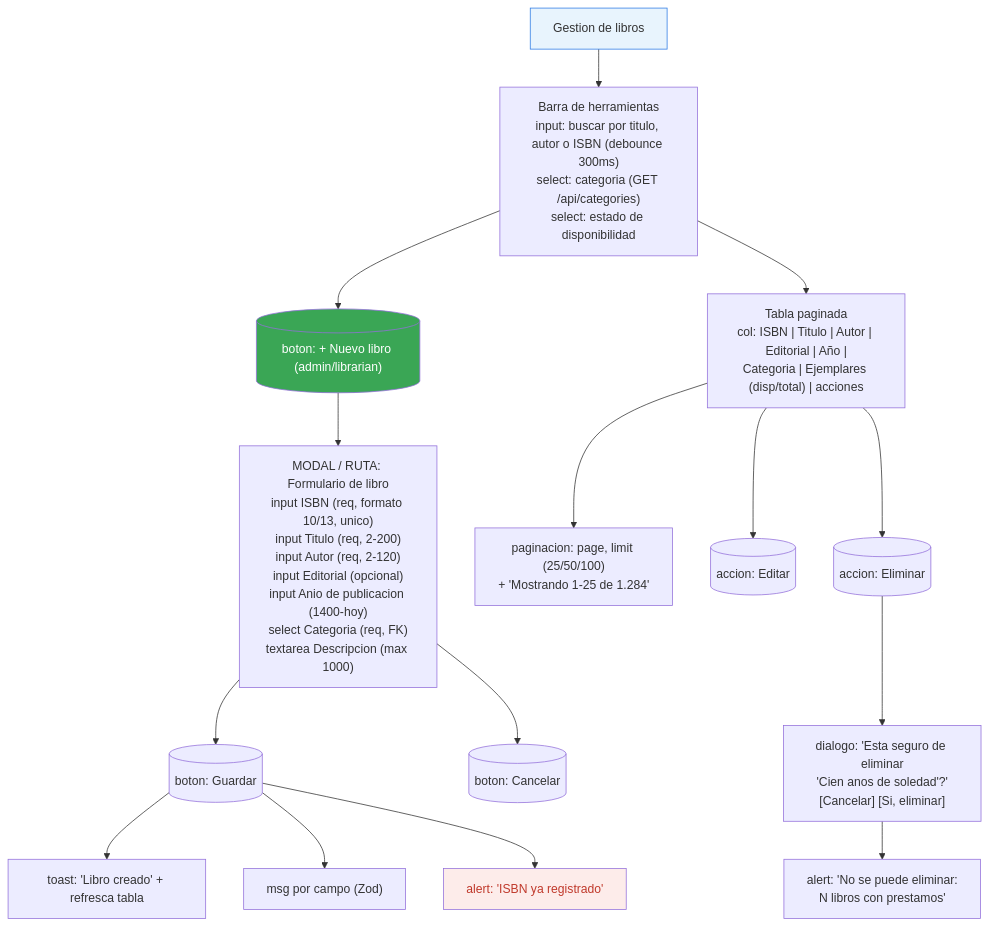
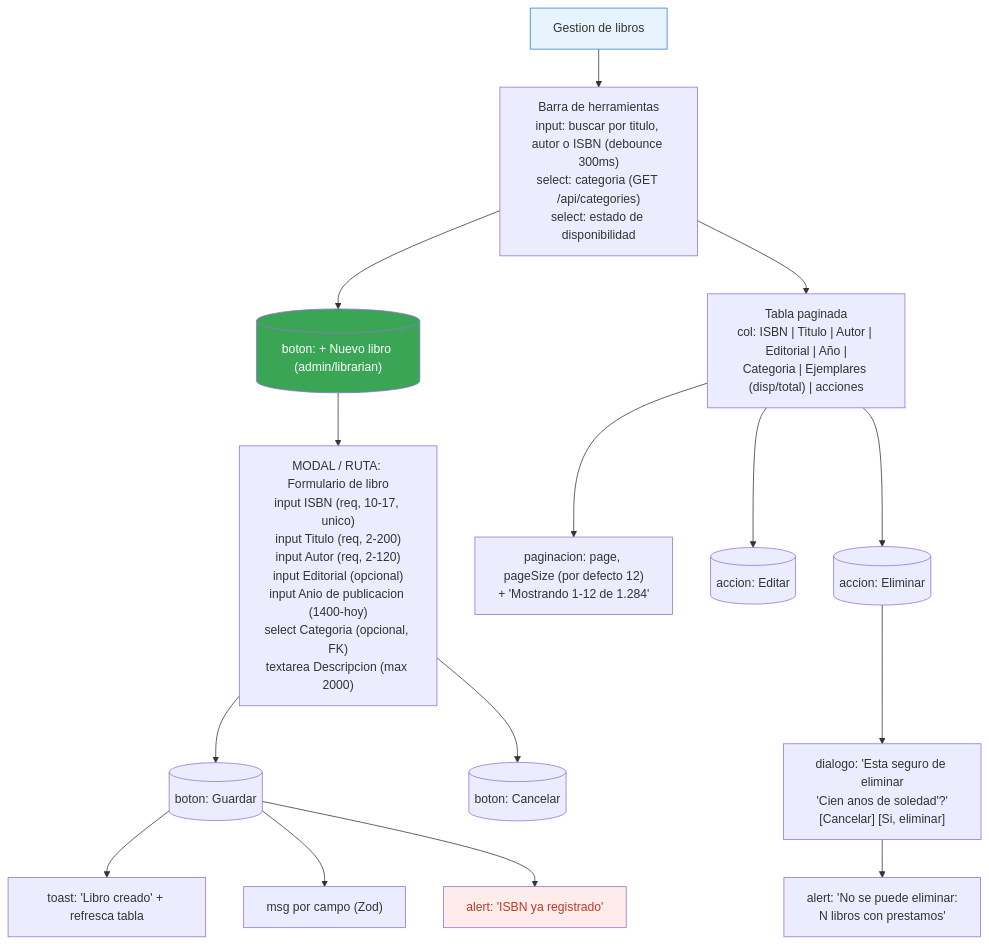
The third of 13 diagrams in docs/07-interfaces.md (AngelC00kies/sistema-biblioteca), drawn with Mermaid before and after one commit. The commit also changed other lines of this file and 21 other files, not shown here.

````diff
--- a/docs/07-interfaces.md
+++ b/docs/07-interfaces.md
@@ -78,23 +78,23 @@
 ```mermaid
 graph TD
   H["Gestion de libros"] --> TOOL["Barra de herramientas<br/>input: buscar por titulo, autor o ISBN (debounce 300ms)<br/>select: categoria (GET /api/categories)<br/>select: estado de disponibilidad"]
   TOOL --> N[("boton: + Nuevo libro (admin/librarian)")]
   TOOL --> TB["Tabla paginada<br/>col: ISBN | Titulo | Autor | Editorial | Año |<br/>Categoria | Ejemplares (disp/total) | acciones"]
-  TB --> PG["paginacion: page, limit (25/50/100)<br/>+ 'Mostrando 1-25 de 1.284'"]
+  TB --> PG["paginacion: page, pageSize (por defecto 12)<br/>+ 'Mostrando 1-12 de 1.284'"]
 
-  N --> FORM["MODAL / RUTA: Formulario de libro<br/>input ISBN (req, formato 10/13, unico)<br/>input Titulo (req, 2-200)<br/>input Autor (req, 2-120)<br/>input Editorial (opcional)<br/>input Anio de publicacion (1400-hoy)<br/>select Categoria (req, FK)<br/>textarea Descripcion (max 1000)"]
+  N --> FORM["MODAL / RUTA: Formulario de libro<br/>input ISBN (req, 10-17, unico)<br/>input Titulo (req, 2-200)<br/>input Autor (req, 2-120)<br/>input Editorial (opcional)<br/>input Anio de publicacion (1400-hoy)<br/>select Categoria (opcional, FK)<br/>textarea Descripcion (max 2000)"]
   FORM --> SV[("boton: Guardar")]
   FORM --> CL[("boton: Cancelar")]
   SV --> OK["toast: 'Libro creado' + refresca tabla"]
   SV --> E400["msg por campo (Zod)"]
   SV --> E409["alert: 'ISBN ya registrado'"]
 
   TB --> ED[("accion: Editar")]
   TB --> DE[("accion: Eliminar")]
   DE --> CF["dialogo: 'Esta seguro de eliminar<br/>'Cien anos de soledad'?'<br/>[Cancelar] [Si, eliminar]"]
   CF --> E409B["alert: 'No se puede eliminar:<br/>N libros con prestamos'"]
 
   style H fill:#e8f4fd,stroke:#2c7be5
   style N fill:#3aa655,color:#fff
   style E409 fill:#fdecea,color:#c0392b
 ```
````
